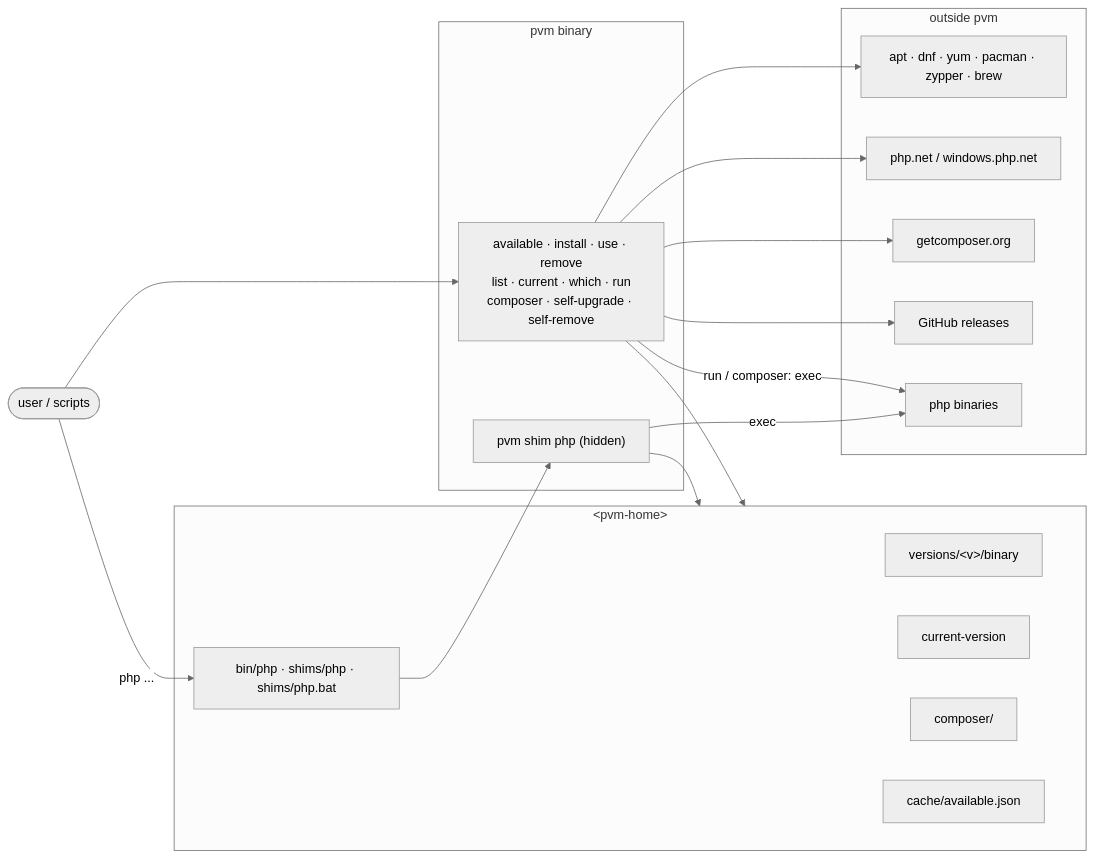
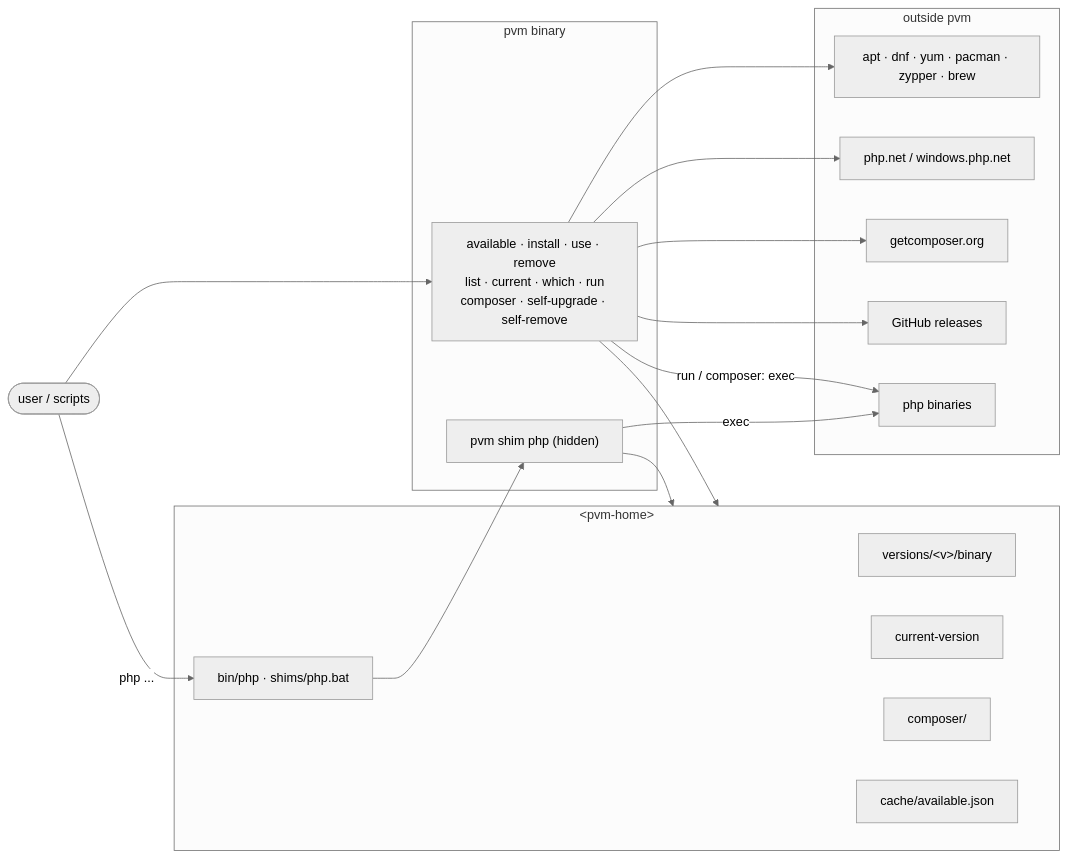
The first of 5 diagrams in docs/flow.md (rejmann/pvm), drawn with Mermaid (neutral theme) before and after one commit. The commit also changed other lines of this file and 23 other files, not shown here.

````diff
--- a/docs/flow.md
+++ b/docs/flow.md
@@ -21,37 +21,37 @@
 ```mermaid
 flowchart LR
     user([user / scripts])
 
     subgraph pvm["pvm binary"]
         cmds["available · install · use · remove<br/>list · current · which · run<br/>composer · self-upgrade · self-remove"]
         shimcmd["pvm shim php (hidden)"]
     end
 
     subgraph home["#lt;pvm-home#gt;"]
         versions["versions/#lt;v#gt;/binary"]
         current["current-version"]
-        shim["bin/php · shims/php · shims/php.bat"]
+        shim["bin/php · shims/php.bat"]
         composer["composer/"]
         cache["cache/available.json"]
     end
 
     subgraph ext["outside pvm"]
         pm["apt · dnf · yum · pacman · zypper · brew"]
         phpnet["php.net / windows.php.net"]
         getc["getcomposer.org"]
         gh["GitHub releases"]
         phpbin["php binaries"]
     end
 
     user --> cmds
     user -- "php ..." --> shim
     shim --> shimcmd
     cmds --> home
     shimcmd --> home
     cmds --> pm
     cmds --> phpnet
     cmds --> getc
     cmds --> gh
     shimcmd -- exec --> phpbin
     cmds -- "run / composer: exec" --> phpbin
 ```
````
